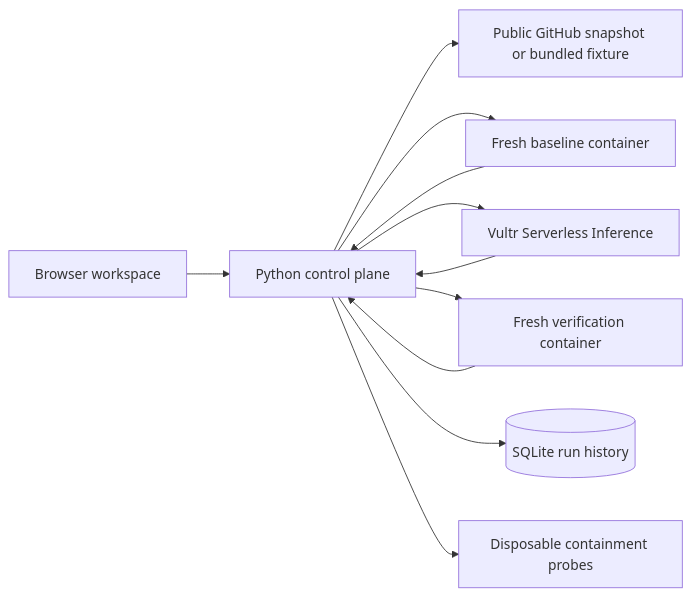
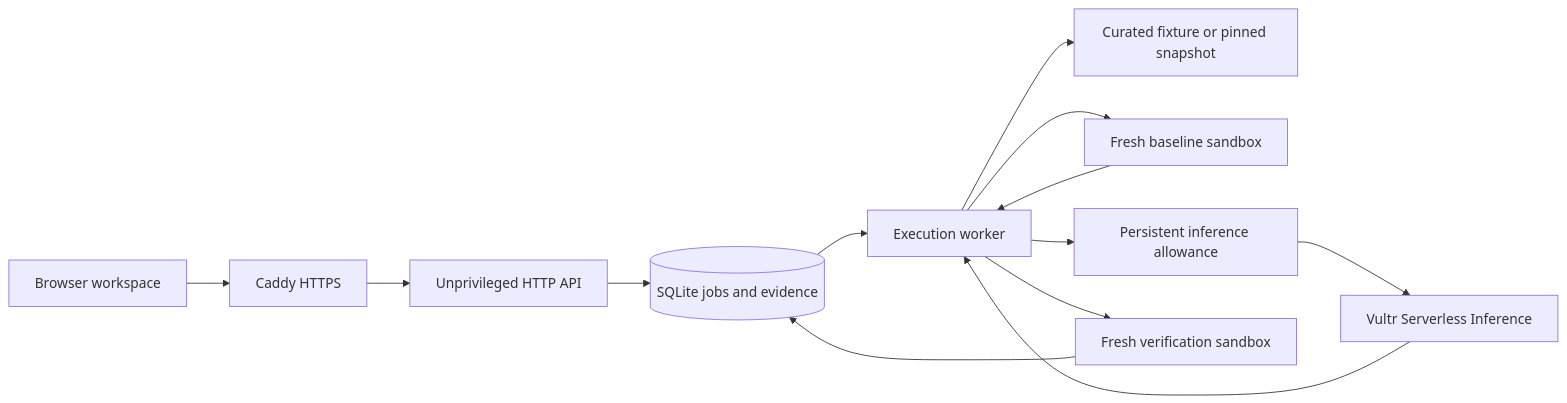
One commit to Hari-Aditya-003/versionbridge-ai changed the diagram in ARCHITECTURE.md. Above: the diagram before and after it, drawn with Mermaid. The commit also changed other lines of this file and 56 other files, not shown here.

````diff
--- a/ARCHITECTURE.md
+++ b/ARCHITECTURE.md
@@ -5,13 +5,15 @@
 ```mermaid
 flowchart LR
-    Browser[Browser workspace] --> Controller[Python control plane]
-    Controller --> GitHub[Public GitHub snapshot or bundled fixture]
-    Controller --> Baseline[Fresh baseline container]
-    Baseline --> Controller
-    Controller --> Vultr[Vultr Serverless Inference]
-    Vultr --> Controller
-    Controller --> Verify[Fresh verification container]
-    Verify --> Controller
-    Controller --> History[(SQLite run history)]
-    Controller --> Lab[Disposable containment probes]
+    Browser[Browser workspace] --> HTTPS[Caddy HTTPS]
+    HTTPS --> Web[Unprivileged HTTP API]
+    Web --> DB[(SQLite jobs and evidence)]
+    DB --> Worker[Execution worker]
+    Worker --> Source[Curated fixture or pinned snapshot]
+    Worker --> Baseline[Fresh baseline sandbox]
+    Baseline --> Worker
+    Worker --> Budget[Persistent inference allowance]
+    Budget --> Model[Vultr Serverless Inference]
+    Model --> Worker
+    Worker --> Verify[Fresh verification sandbox]
+    Verify --> DB
 ```
````
